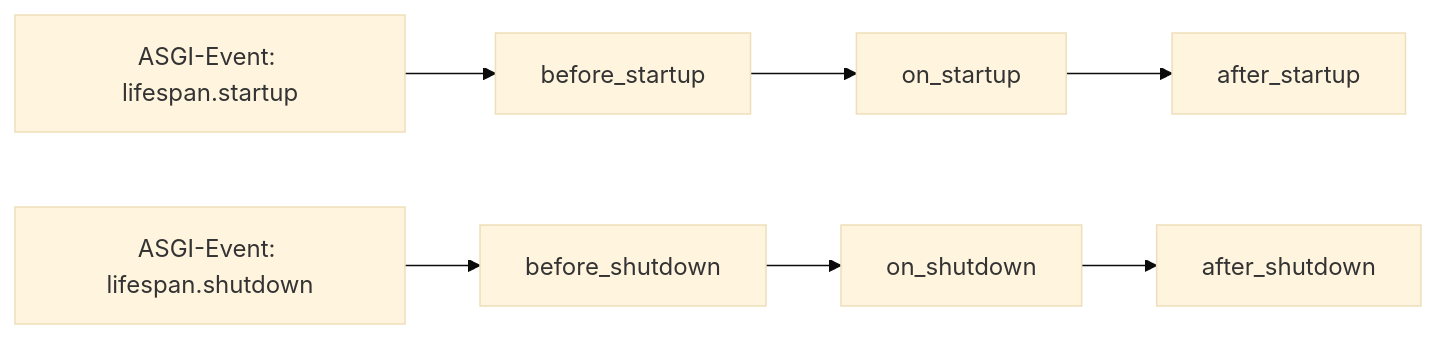
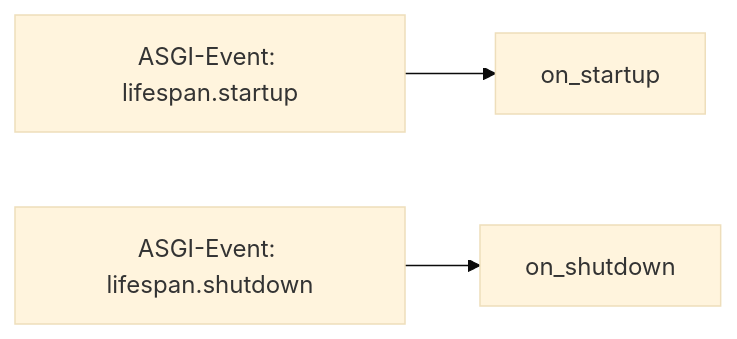
Before and after one commit to litestar-org/litestar: the diagram in docs/usage/applications.rst, drawn with Mermaid (base theme).

Commit message:
fix(docs): remove stale hooks #2375

```diff
--- a/docs/usage/applications.rst
+++ b/docs/usage/applications.rst
@@ -36,5 +36,5 @@
 .. mermaid::
 
    flowchart LR
-       Startup[ASGI-Event: lifespan.startup] --> before_startup --> on_startup --> after_startup
-       Shutdown[ASGI-Event: lifespan.shutdown] --> before_shutdown --> on_shutdown --> after_shutdown
+       Startup[ASGI-Event: lifespan.startup] --> on_startup
+       Shutdown[ASGI-Event: lifespan.shutdown] --> on_shutdown
```
